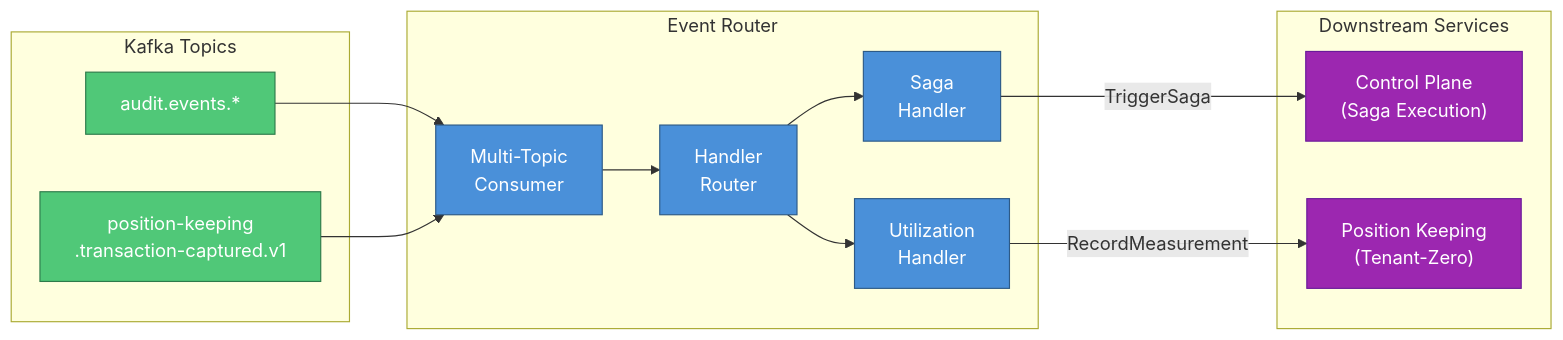
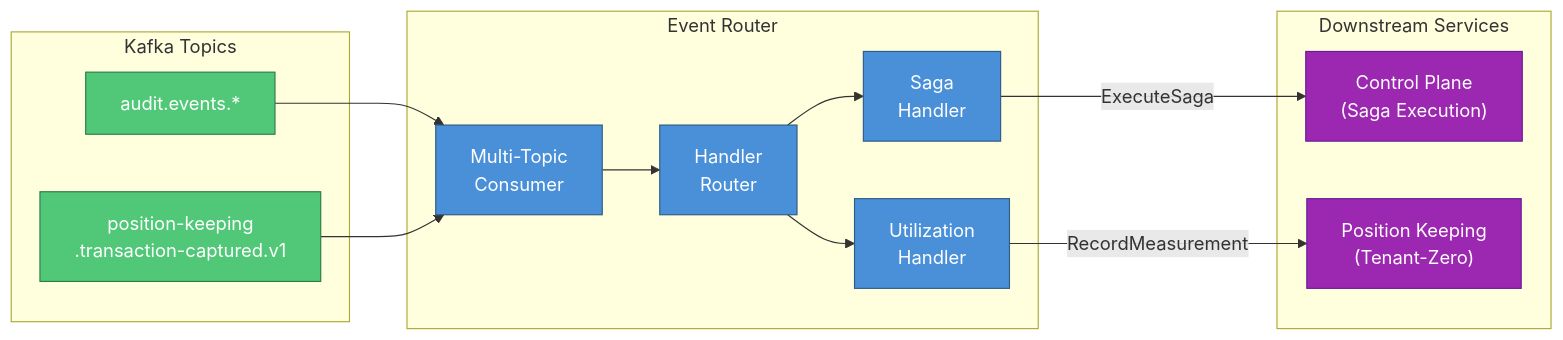
Before and after one commit to meridianhub/meridian: the diagram in services/event-router/README.md, drawn with Mermaid. The commit also changed 1 other file, not shown here.

Commit message:
docs: fix review feedback - testdb naming, broken link, RPC consistency
- Replace 'testhelpers' with 'testdb' in overview, remove stale
  'pre-configured repository' bullet
- Fix broken See Also link to actual test file path
- Align TriggerSaga → ExecuteSaga in event-router Mermaid diagram

````diff
--- a/services/event-router/README.md
+++ b/services/event-router/README.md
@@ -73,34 +73,34 @@
 ```mermaid
 flowchart LR
     subgraph Kafka["Kafka Topics"]
         T1["audit.events.*"]
         T2["position-keeping<br/>.transaction-captured.v1"]
     end
 
     subgraph ER["Event Router"]
         Consumer["Multi-Topic<br/>Consumer"]
         Router["Handler<br/>Router"]
         SH["Saga<br/>Handler"]
         UH["Utilization<br/>Handler"]
     end
 
     subgraph Downstream["Downstream Services"]
         CP["Control Plane<br/>(Saga Execution)"]
         PK["Position Keeping<br/>(Tenant-Zero)"]
     end
 
     T1 --> Consumer
     T2 --> Consumer
     Consumer --> Router
     Router --> SH
     Router --> UH
-    SH -->|TriggerSaga| CP
+    SH -->|ExecuteSaga| CP
     UH -->|RecordMeasurement| PK
 
     classDef kafka fill:#50c878,stroke:#2d7a4a,color:#fff
     classDef service fill:#4a90d9,stroke:#2d5a87,color:#fff
     classDef downstream fill:#9c27b0,stroke:#6a1b9a,color:#fff
     class T1,T2 kafka
     class Consumer,Router,SH,UH service
     class CP,PK downstream
 ```
````
